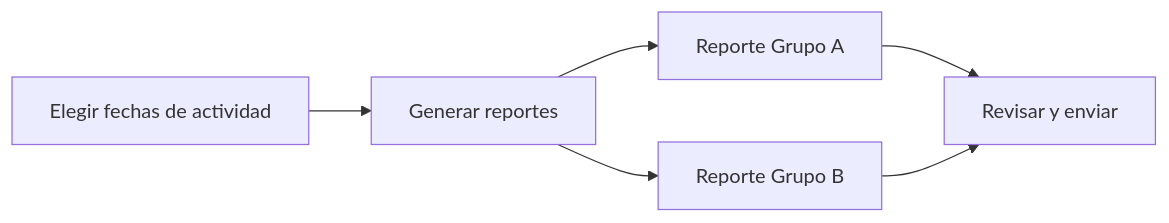
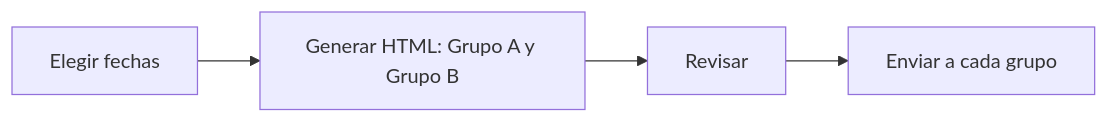
Before and after one commit to jminolli-e/case-studies: the second of 2 diagrams in capacitaciones/actualizacion/README.md, drawn with Mermaid. The commit also changed other lines of this file, not shown here.

````diff
--- a/capacitaciones/actualizacion/README.md
+++ b/capacitaciones/actualizacion/README.md
@@ -128,8 +132,6 @@
 ```mermaid
 flowchart LR
-    A["Elegir fechas de actividad"] --> B["Generar reportes"]
-    B --> C["Reporte Grupo A"]
-    B --> D["Reporte Grupo B"]
-    C --> E["Revisar y enviar"]
-    D --> E
+    A["Elegir fechas"] --> B["Generar HTML: Grupo A y Grupo B"]
+    B --> C["Revisar"]
+    C --> D["Enviar a cada grupo"]
 ```
````
